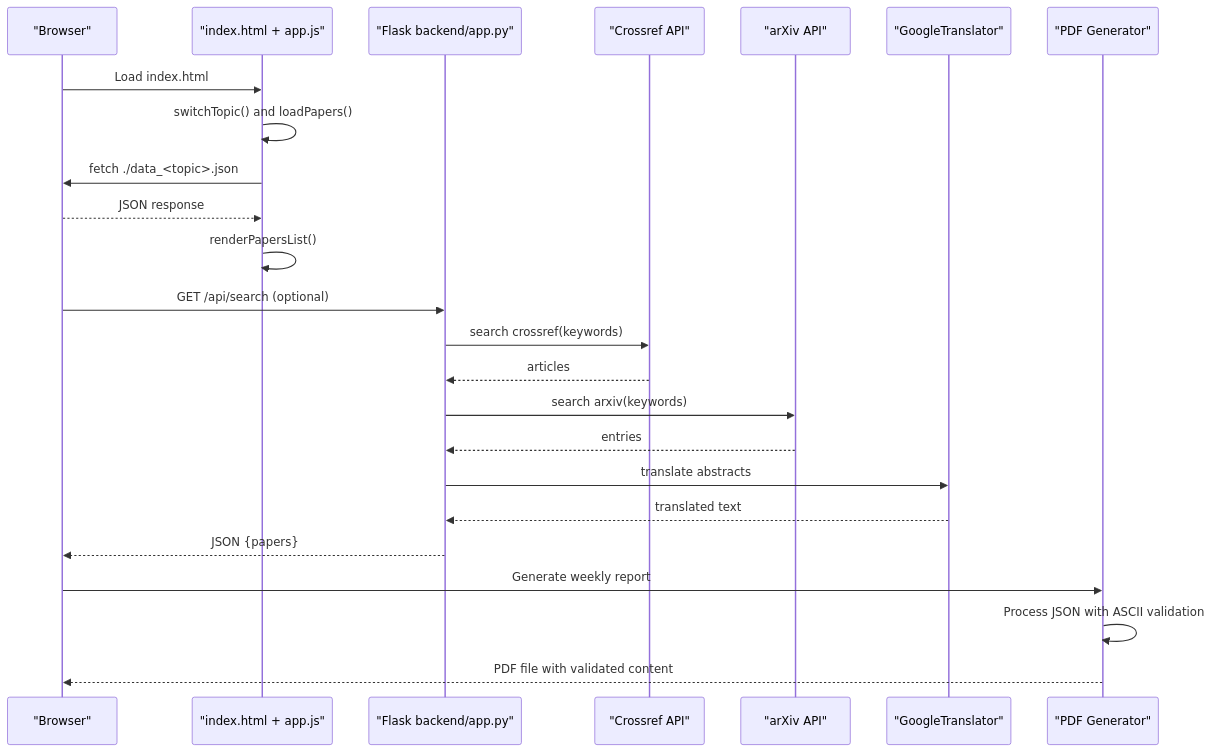
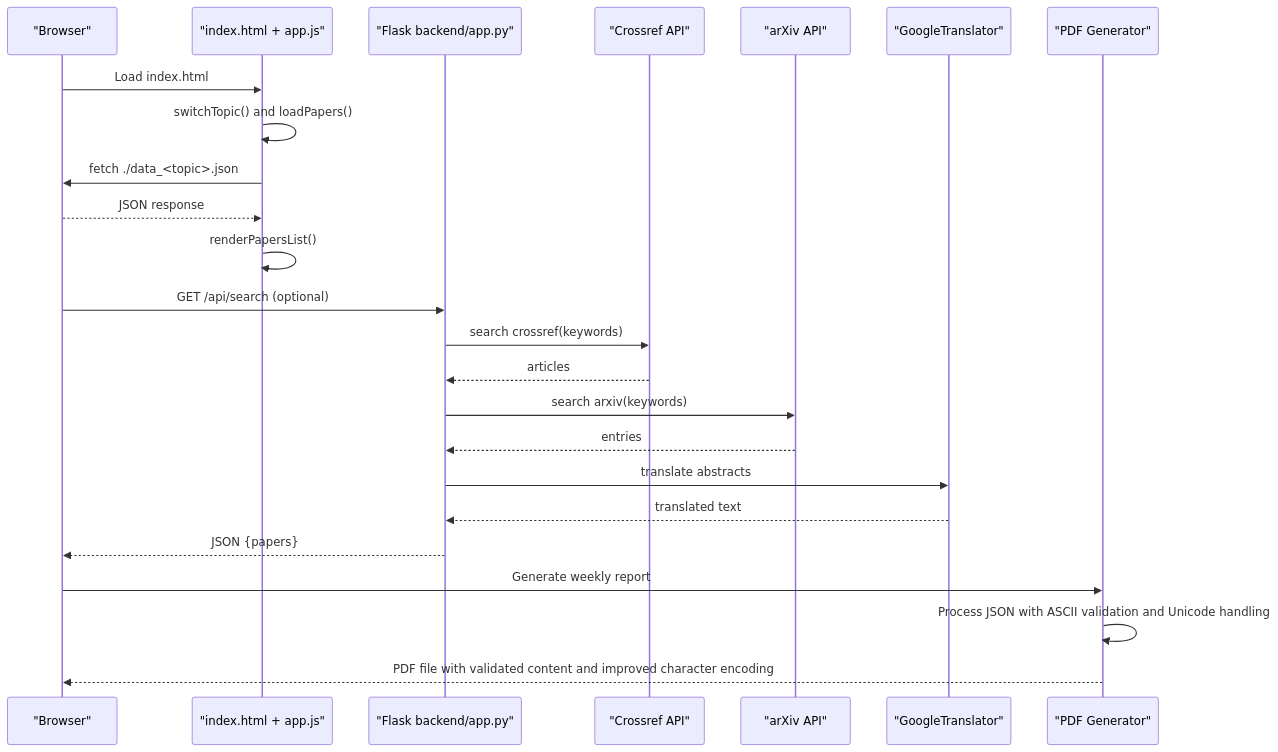
Before and after one commit to junxie01/paper_weekly: the second of 4 diagrams in .qoder/repowiki/en/content/Core Components/Core Components.md, drawn with Mermaid. The commit also changed other lines of this file and 7 other files, not shown here.

````diff
--- a/.qoder/repowiki/en/content/Core Components/Core Components.md
+++ b/.qoder/repowiki/en/content/Core Components/Core Components.md
@@ -131,26 +131,26 @@
 ```mermaid
 sequenceDiagram
 participant Browser as "Browser"
 participant Frontend as "index.html + app.js"
 participant Backend as "Flask backend/app.py"
 participant Crossref as "Crossref API"
 participant Arxiv as "arXiv API"
 participant Translator as "GoogleTranslator"
 participant PDFGen as "PDF Generator"
 Browser->>Frontend : Load index.html
 Frontend->>Frontend : switchTopic() and loadPapers()
 Frontend->>Browser : fetch ./data_<topic>.json
 Browser-->>Frontend : JSON response
 Frontend->>Frontend : renderPapersList()
 Browser->>Backend : GET /api/search (optional)
 Backend->>Crossref : search crossref(keywords)
 Crossref-->>Backend : articles
 Backend->>Arxiv : search arxiv(keywords)
 Arxiv-->>Backend : entries
 Backend->>Translator : translate abstracts
 Translator-->>Backend : translated text
 Backend-->>Browser : JSON {papers}
 Browser->>PDFGen : Generate weekly report
-PDFGen->>PDFGen : Process JSON with ASCII validation
-PDFGen-->>Browser : PDF file with validated content
+PDFGen->>PDFGen : Process JSON with ASCII validation and Unicode handling
+PDFGen-->>Browser : PDF file with validated content and improved character encoding
 ```
````
